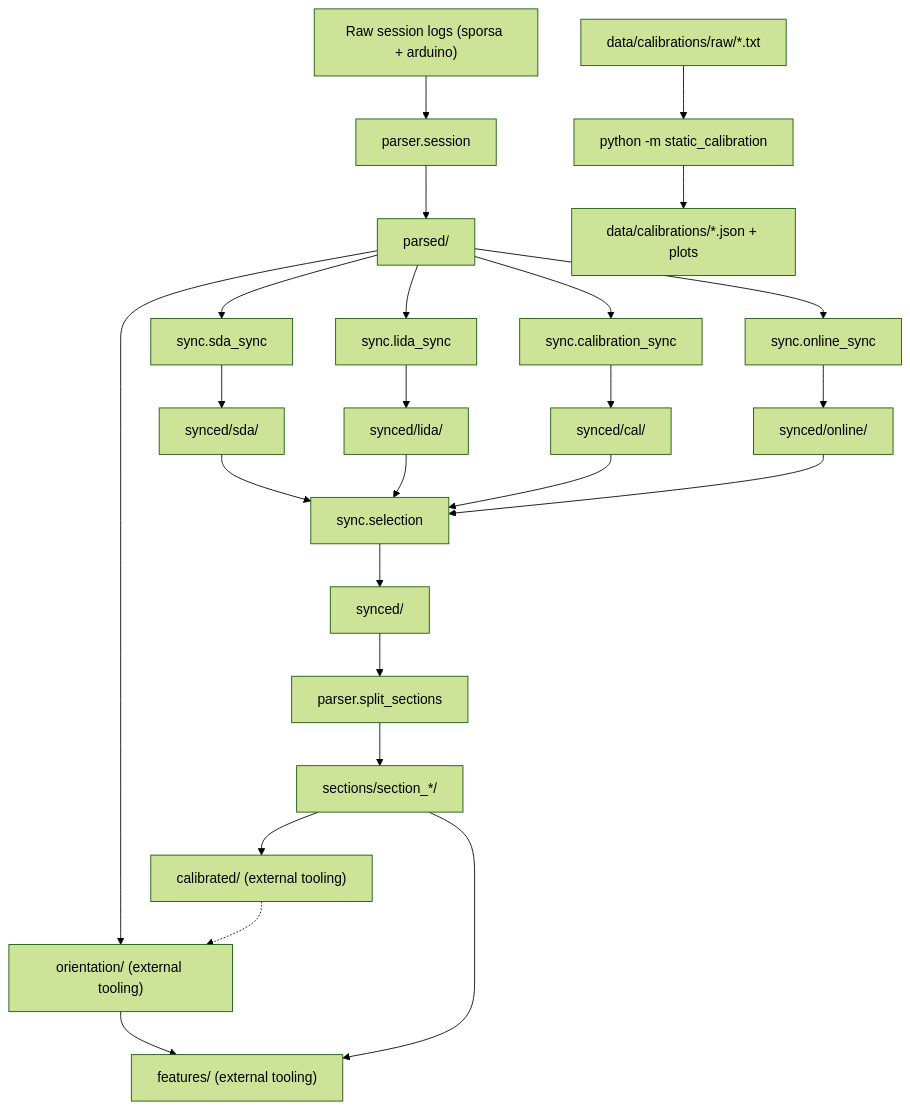
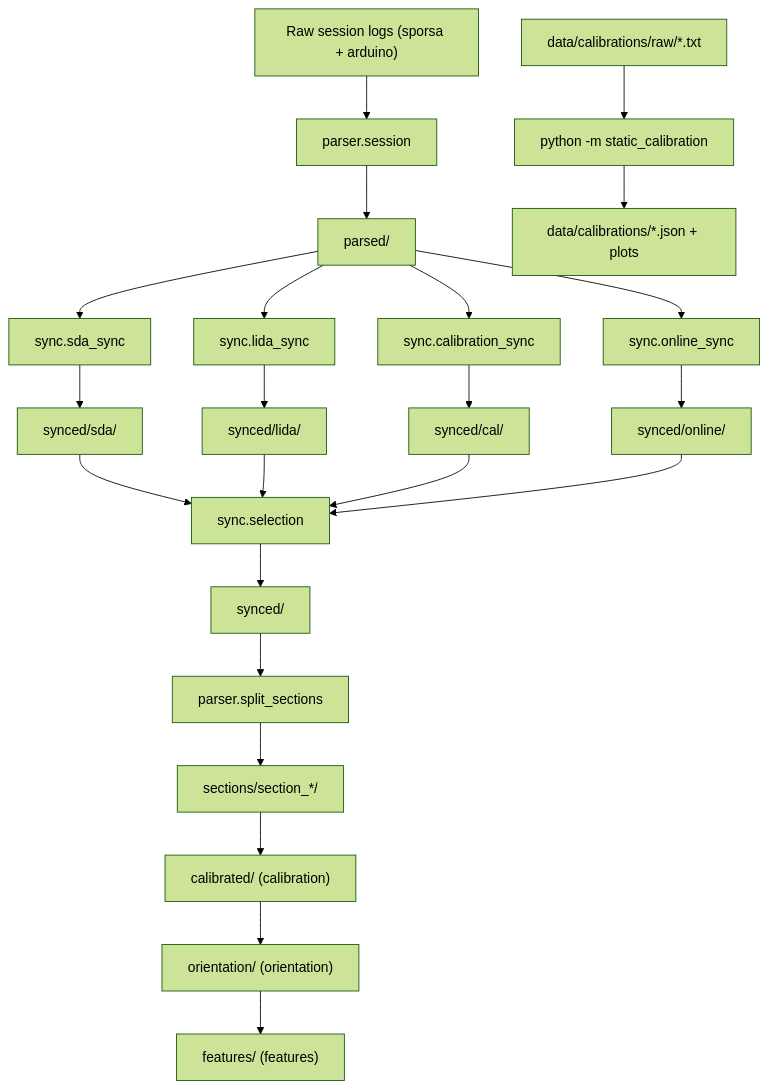
The diagram in analysis/README.md (xanderdurieux/multi-imu), drawn with Mermaid (forest theme) before and after one commit. The commit also changed other lines of this file and 67 other files, not shown here.

````diff
--- a/analysis/README.md
+++ b/analysis/README.md
@@ -367,24 +436,22 @@
 ```mermaid
 flowchart TD
   rawSession["Raw session logs (sporsa + arduino)"] --> parseSession["parser.session"]
   parseSession --> parsedStage["parsed/"]
   parsedStage --> syncSDA["sync.sda_sync"]
   parsedStage --> syncLIDA["sync.lida_sync"]
   parsedStage --> syncCal["sync.calibration_sync"]
   parsedStage --> syncOnline["sync.online_sync"]
   syncSDA --> syncedSDA["synced/sda/"]
   syncLIDA --> syncedLida["synced/lida/"]
   syncCal --> syncedCal["synced/cal/"]
   syncOnline --> syncedOnline["synced/online/"]
   syncedSDA & syncedLida & syncedCal & syncedOnline --> selection["sync.selection"]
   selection --> syncedBest["synced/"]
   syncedBest --> splitSections["parser.split_sections"]
   splitSections --> sectionsStage["sections/section_*/"]
-  sectionsStage --> optionalCal["calibrated/ (external tooling)"]
-  parsedStage --> optionalOri["orientation/ (external tooling)"]
-  optionalCal -.-> optionalOri
-  optionalOri --> optionalFeat["features/ (external tooling)"]
-  sectionsStage --> optionalFeat
+  sectionsStage --> calibrated["calibrated/ (calibration)"]
+  calibrated --> orientation["orientation/ (orientation)"]
+  orientation --> features["features/ (features)"]
   rawCalib["data/calibrations/raw/*.txt"] --> staticCal["python -m static_calibration"]
   staticCal --> calibOut["data/calibrations/*.json + plots"]
 ```
````
